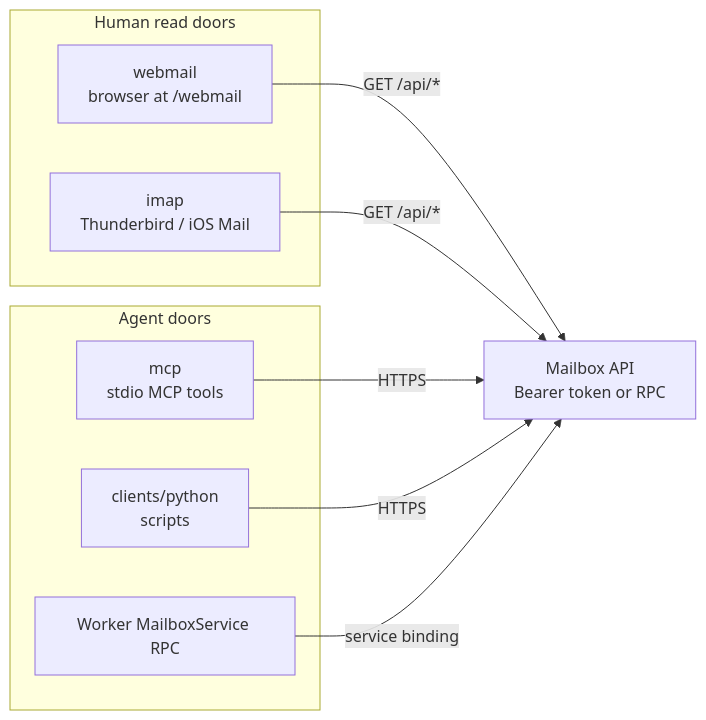
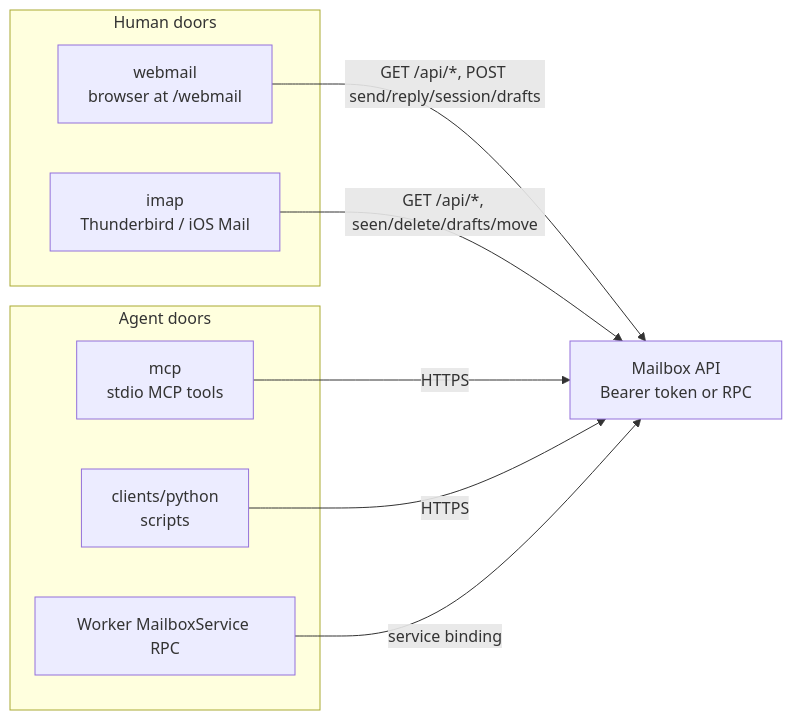
Before and after one commit to skyphusion-labs/postern: the fourth of 5 diagrams in docs/architecture.md, drawn with Mermaid. The commit also changed other lines of this file and 14 other files, not shown here.

````diff
--- a/docs/architecture.md
+++ b/docs/architecture.md
@@ -96,21 +96,21 @@
 ```mermaid
 flowchart LR
-    subgraph humans[Human read doors]
+    subgraph humans[Human doors]
         wb[webmail<br/>browser at /webmail]
         im[imap<br/>Thunderbird / iOS Mail]
     end
 
     subgraph agents[Agent doors]
         mc[mcp<br/>stdio MCP tools]
         cp[clients/python<br/>scripts]
         wr[Worker MailboxService RPC]
     end
 
     api[Mailbox API<br/>Bearer token or RPC]
 
-    wb -->|GET /api/*| api
-    im -->|GET /api/*| api
+    wb -->|GET /api/*, POST send/reply/session/drafts| api
+    im -->|GET /api/*, seen/delete/drafts/move| api
     mc -->|HTTPS| api
     cp -->|HTTPS| api
     wr -->|service binding| api
 ```
````
